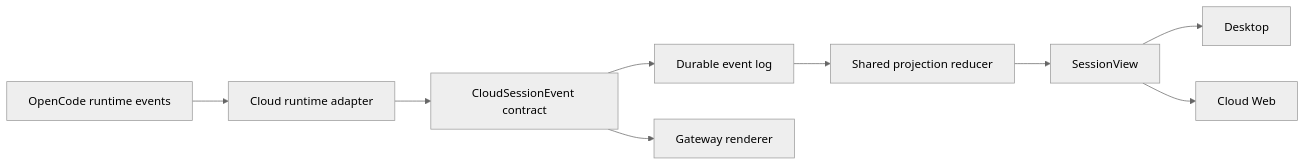
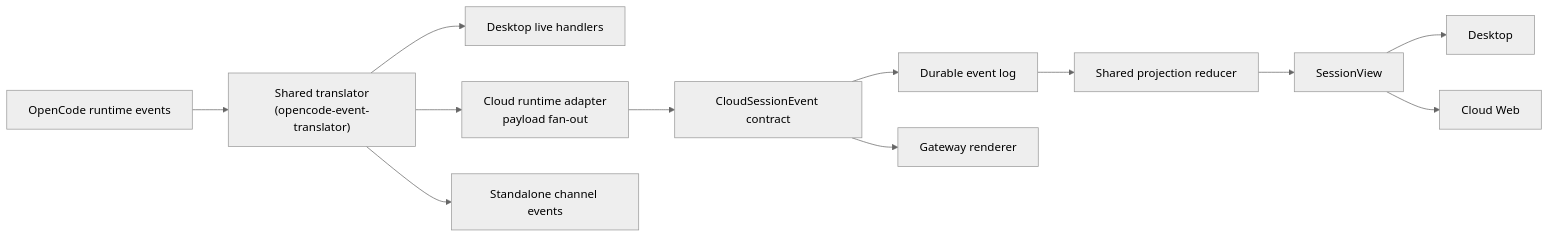
One commit to joe-broadhead/open-cowork changed the diagram in docs/session-projection-contract.md. Above: the diagram before and after it, drawn with Mermaid (neutral theme). The commit also changed other lines of this file and 9 other files, not shown here.

First line of the commit message:
JOE-838: Unify OpenCode event translator for desktop, cloud, standalone

````diff
--- a/docs/session-projection-contract.md
+++ b/docs/session-projection-contract.md
@@ -28,11 +28,14 @@
 ```mermaid
 flowchart LR
-  OpenCode["OpenCode runtime events"] --> Adapter["Cloud runtime adapter"]
+  OpenCode["OpenCode runtime events"] --> Translator["Shared translator\n(opencode-event-translator)"]
+  Translator --> DesktopLive["Desktop live handlers"]
+  Translator --> Adapter["Cloud runtime adapter\npayload fan-out"]
+  Translator --> Standalone["Standalone channel events"]
   Adapter --> Events["CloudSessionEvent contract"]
   Events --> Store["Durable event log"]
   Store --> Reducer["Shared projection reducer"]
   Reducer --> View["SessionView"]
   View --> Desktop["Desktop"]
   View --> Web["Cloud Web"]
   Events --> Gateway["Gateway renderer"]
 ```
````
